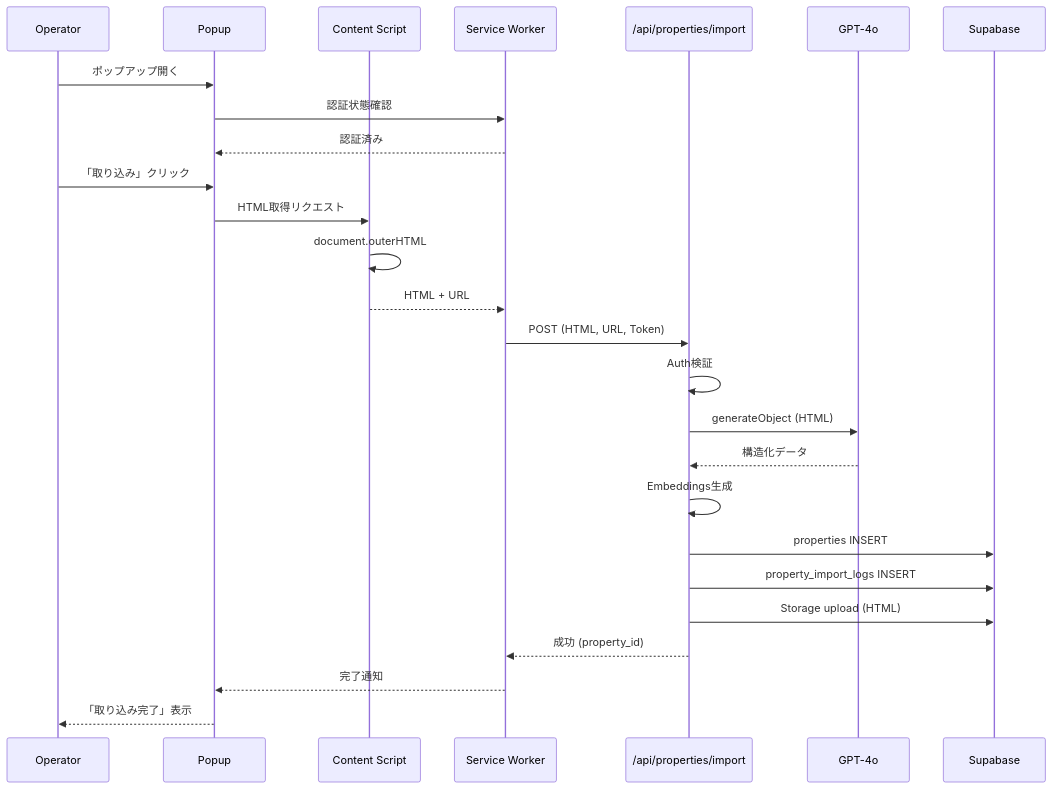
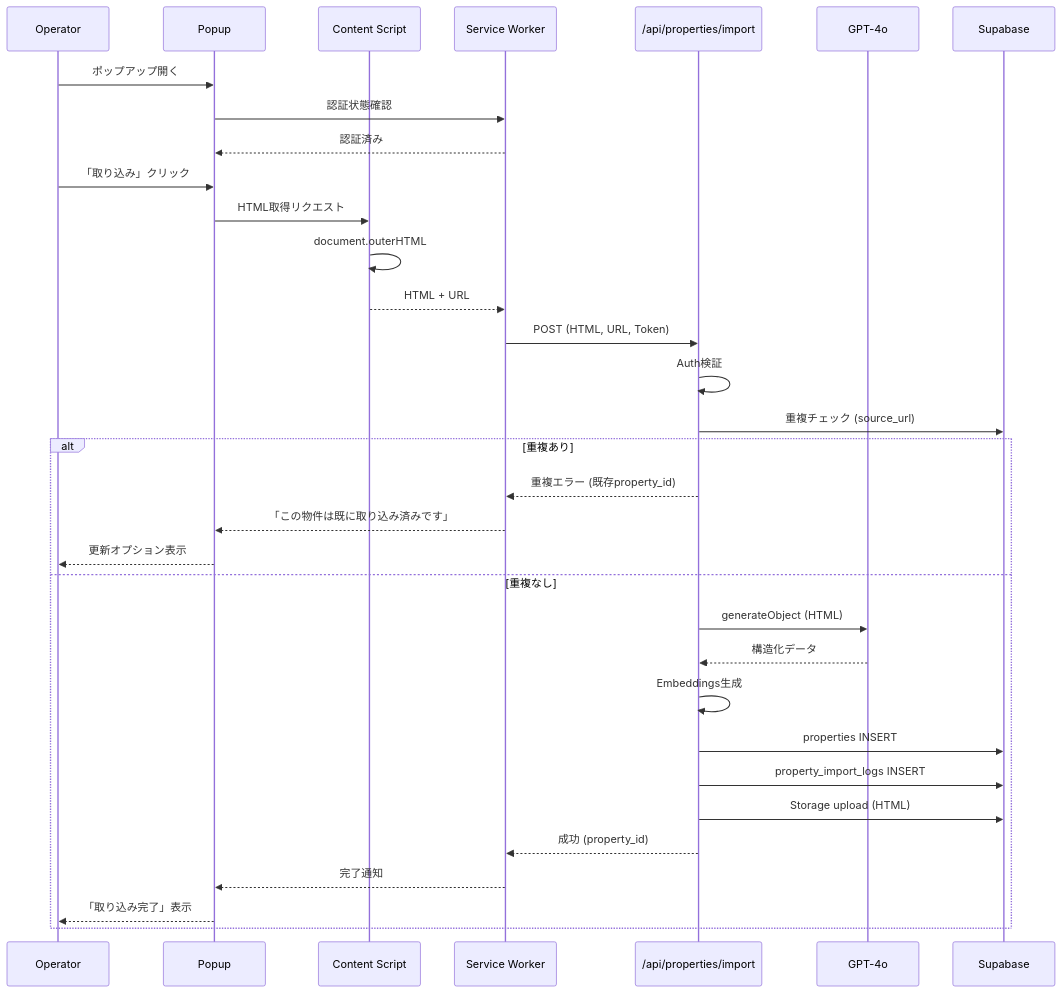
One commit to koma-ry1117/madoguchi-ai changed the diagram in .kiro/specs/chrome-extension/design.md. Above: the diagram before and after it, drawn with Mermaid. The commit also changed other lines of this file, not shown here.

````diff
--- a/.kiro/specs/chrome-extension/design.md
+++ b/.kiro/specs/chrome-extension/design.md
@@ -72,32 +72,39 @@
 ```mermaid
 sequenceDiagram
     participant O as Operator
     participant P as Popup
     participant CS as Content Script
     participant SW as Service Worker
     participant API as /api/properties/import
     participant GPT as GPT-4o
     participant DB as Supabase
 
     O->>P: ポップアップ開く
     P->>SW: 認証状態確認
     SW-->>P: 認証済み
 
     O->>P: 「取り込み」クリック
     P->>CS: HTML取得リクエスト
     CS->>CS: document.outerHTML
     CS-->>SW: HTML + URL
 
     SW->>API: POST (HTML, URL, Token)
     API->>API: Auth検証
-    API->>GPT: generateObject (HTML)
-    GPT-->>API: 構造化データ
-    API->>API: Embeddings生成
-    API->>DB: properties INSERT
-    API->>DB: property_import_logs INSERT
-    API->>DB: Storage upload (HTML)
-    API-->>SW: 成功 (property_id)
+    API->>DB: 重複チェック (source_url)
 
-    SW-->>P: 完了通知
-    P-->>O: 「取り込み完了」表示
+    alt 重複あり
+        API-->>SW: 重複エラー (既存property_id)
+        SW-->>P: 「この物件は既に取り込み済みです」
+        P-->>O: 更新オプション表示
+    else 重複なし
+        API->>GPT: generateObject (HTML)
+        GPT-->>API: 構造化データ
+        API->>API: Embeddings生成
+        API->>DB: properties INSERT
+        API->>DB: property_import_logs INSERT
+        API->>DB: Storage upload (HTML)
+        API-->>SW: 成功 (property_id)
+        SW-->>P: 完了通知
+        P-->>O: 「取り込み完了」表示
+    end
 ```
````
